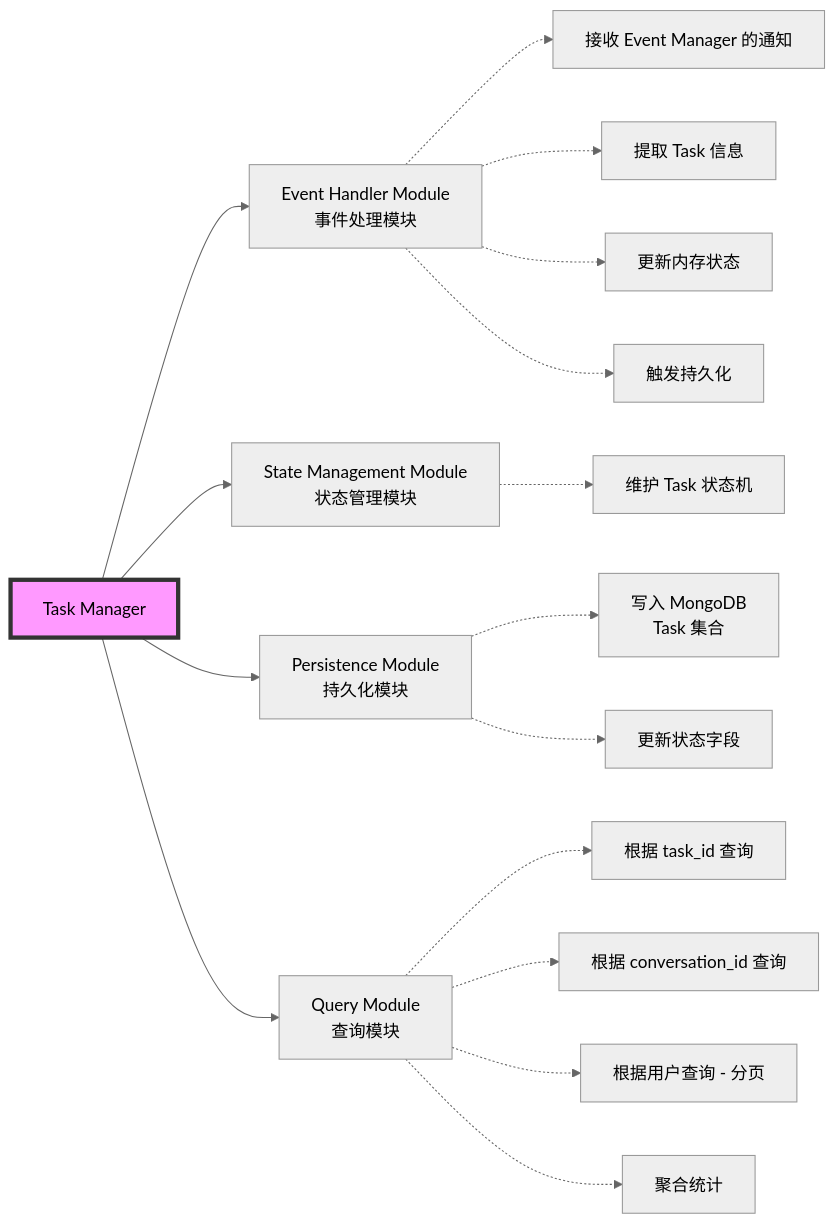
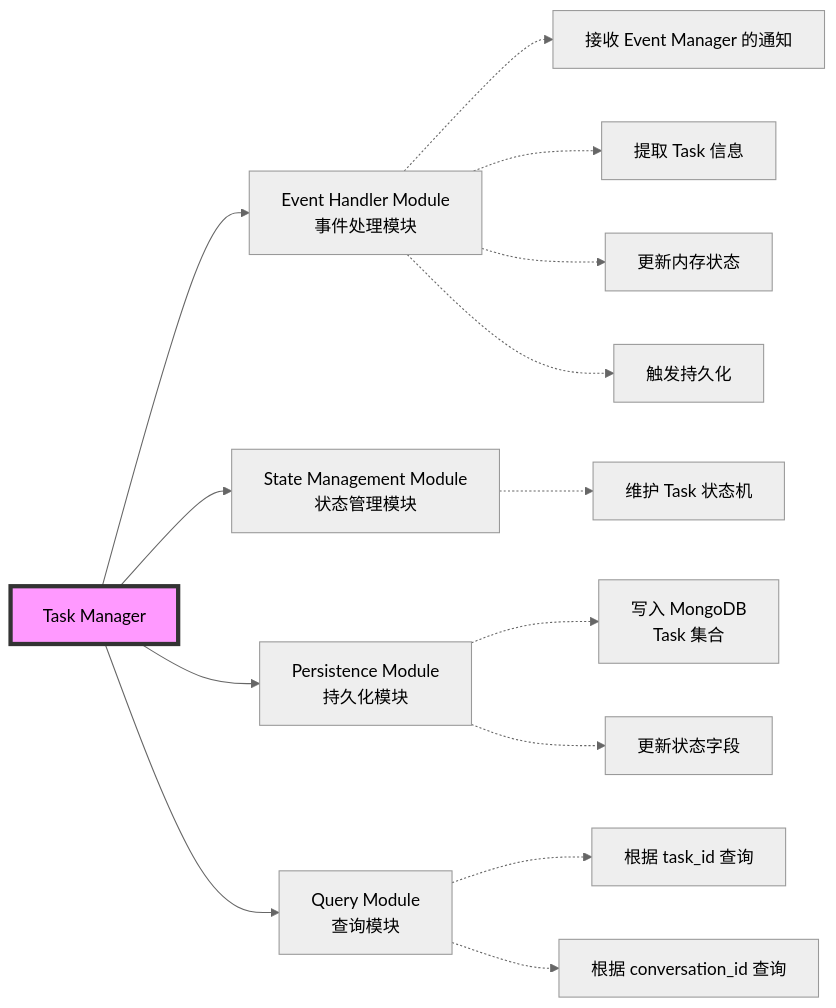
One commit to yingjianzh/iodraw-files changed the diagram in all/未命名-10.md. Above: the diagram before and after it, drawn with Mermaid (neutral theme).

Commit message:
2025-12-24 18:04:02 update

````diff
--- a/all/未命名-10.md
+++ b/all/未命名-10.md
@@ -1,27 +1,24 @@
 ```mermaid
 graph LR
     TM[Task Manager]
     
     TM --> EHM[Event Handler Module<br/>事件处理模块]
     TM --> SMM[State Management Module<br/>状态管理模块]
     TM --> PM[Persistence Module<br/>持久化模块]
     TM --> QM[Query Module<br/>查询模块]
     
     EHM -.-> EHM1[接收 Event Manager 的通知]
     EHM -.-> EHM2[提取 Task 信息]
     EHM -.-> EHM3[更新内存状态]
     EHM -.-> EHM4[触发持久化]
     
     SMM -.-> SMM1[维护 Task 状态机]
 
     PM -.-> PM1[写入 MongoDB<br/>Task 集合]
     PM -.-> PM3[更新状态字段]
-
     
     QM -.-> QM1[根据 task_id 查询]
     QM -.-> QM2[根据 conversation_id 查询]
-    QM -.-> QM3[根据用户查询 - 分页]
-    QM -.-> QM4[聚合统计]
     
     style TM fill:#f9f,stroke:#333,stroke-width:4px
 ```
````
